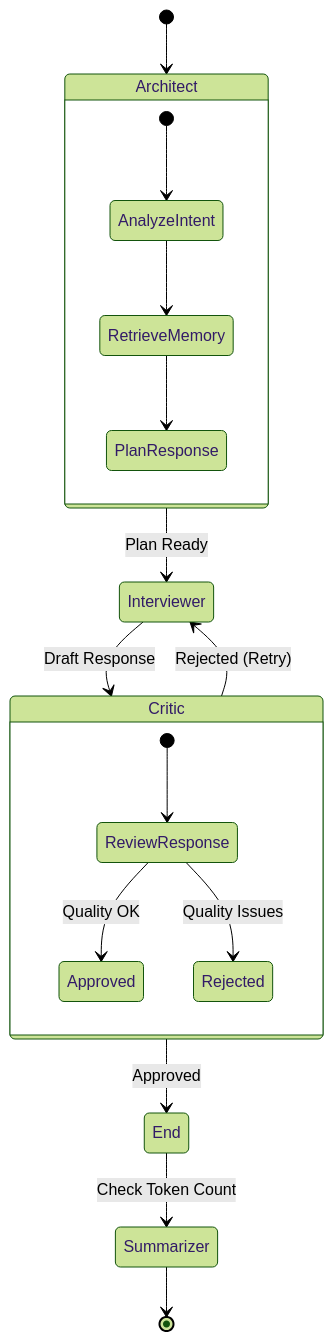
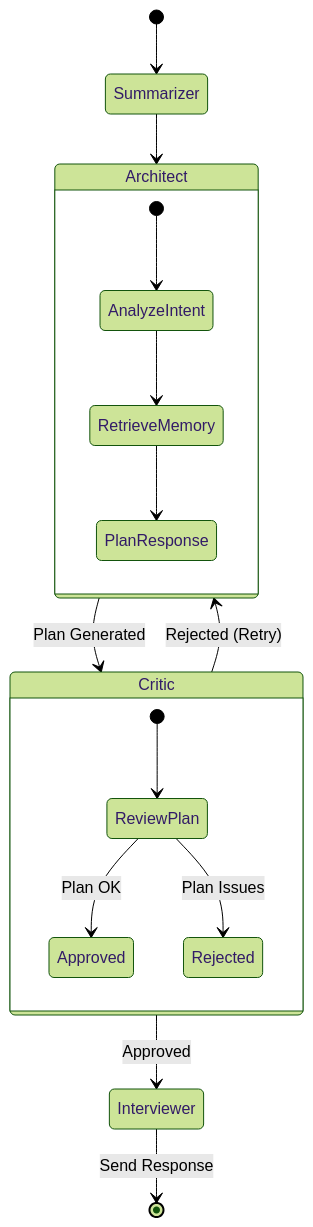
Before and after one commit to ku113p/agent-interview: the second of 2 diagrams in docs/ARCHITECTURE.md, drawn with Mermaid (forest theme). The commit also changed other lines of this file and 7 other files, not shown here.

Commit message:
docs: actualize project documentation and architecture records

````diff
--- a/docs/ARCHITECTURE.md
+++ b/docs/ARCHITECTURE.md
@@ -45,25 +45,24 @@
 ```mermaid
 stateDiagram-v2
-    [*] --> Architect
-    
+    [*] --> Summarizer
+    Summarizer --> Architect
+
     state Architect {
         [*] --> AnalyzeIntent
         AnalyzeIntent --> RetrieveMemory
         RetrieveMemory --> PlanResponse
     }
     
-    Architect --> Interviewer: Plan Ready
-    Interviewer --> Critic: Draft Response
+    Architect --> Critic: Plan Generated
     
     state Critic {
-        [*] --> ReviewResponse
-        ReviewResponse --> Approved: Quality OK
-        ReviewResponse --> Rejected: Quality Issues
+        [*] --> ReviewPlan
+        ReviewPlan --> Approved: Plan OK
+        ReviewPlan --> Rejected: Plan Issues
     }
     
-    Critic --> End: Approved
-    Critic --> Interviewer: Rejected (Retry)
+    Critic --> Interviewer: Approved
+    Critic --> Architect: Rejected (Retry)
     
-    End --> Summarizer: Check Token Count
-    Summarizer --> [*]
+    Interviewer --> [*]: Send Response
 ```
````
